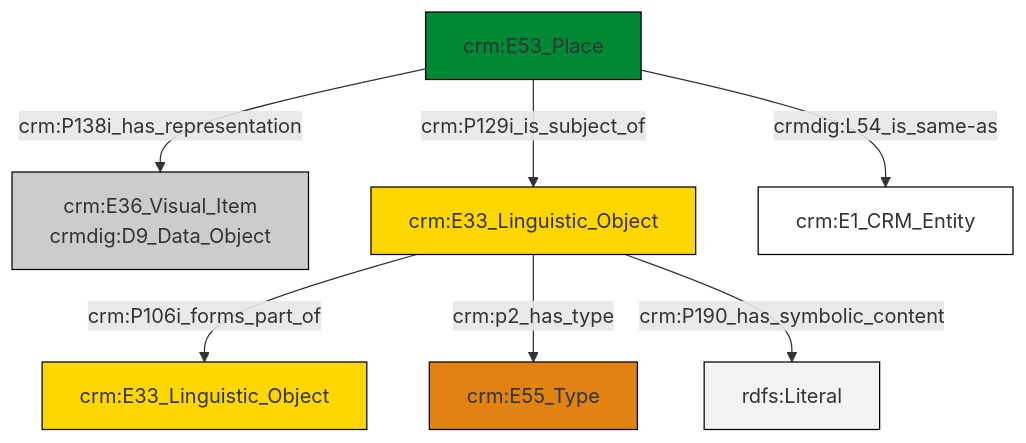
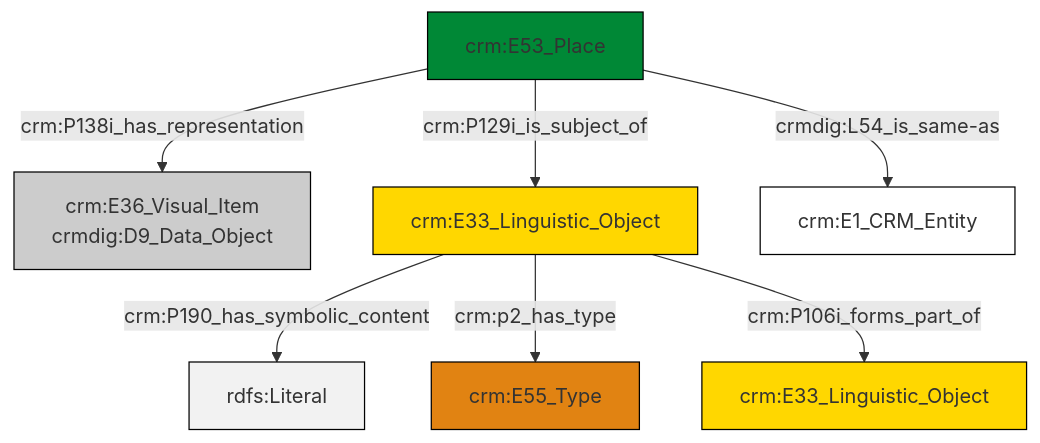
Before and after one commit to ncarboni/srdm: the diagram in et/placeCSV/ttl/mmd/place_documentation.ttl.mmd, drawn with Mermaid. The commit also changed 184 other files, not shown here.

```diff
--- a/et/placeCSV/ttl/mmd/place_documentation.ttl.mmd
+++ b/et/placeCSV/ttl/mmd/place_documentation.ttl.mmd
@@ -1,21 +1,21 @@
 graph TD
 classDef Literal fill:#f2f2f2,stroke:#000000;
 classDef CRM_Entity fill:#FFFFFF,stroke:#000000;
 classDef Temporal_Entity fill:#00C9E6, stroke:#000000;
 classDef Type fill:#E18312, stroke:#000000;
 classDef Time-Span fill:#2C9C91, stroke:#000000;
 classDef Appellation fill:#FFEB7F, stroke:#000000;
 classDef Place fill:#008836, stroke:#000000;
 classDef Persistent_Item fill:#B266B2, stroke:#000000;
 classDef Conceptual_Object fill:#FFD700, stroke:#000000;
 classDef Physical_Thing fill:#D2B48C, stroke:#000000;
 classDef Actor fill:#f58aad, stroke:#000000;
 classDef PC_Classes fill:#4ce600, stroke:#000000;
 classDef Multi fill:#cccccc,stroke:#000000;
 
-4["crm:E33_Linguistic_Object"]:::Conceptual_Object -->|crm:P106i_forms_part_of| 5["crm:E33_Linguistic_Object"]:::Conceptual_Object
-6["crm:E53_Place"]:::Place -->|crm:P129i_is_subject_of| 4["crm:E33_Linguistic_Object"]:::Conceptual_Object
-6["crm:E53_Place"]:::Place -->|crm:P138i_has_representation| 0["crm:E36_Visual_Item<br>crmdig:D9_Data_Object"]:::Multi
-6["crm:E53_Place"]:::Place -->|crmdig:L54_is_same-as| 7["crm:E1_CRM_Entity"]:::CRM_Entity
-4["crm:E33_Linguistic_Object"]:::Conceptual_Object -->|crm:p2_has_type| 2["crm:E55_Type"]:::Type
-4["crm:E33_Linguistic_Object"]:::Conceptual_Object -->|crm:P190_has_symbolic_content| 12[rdfs:Literal]:::Literal
+4["crm:E53_Place"]:::Place -->|crm:P138i_has_representation| 0["crm:E36_Visual_Item<br>crmdig:D9_Data_Object"]:::Multi
+4["crm:E53_Place"]:::Place -->|crmdig:L54_is_same-as| 7["crm:E1_CRM_Entity"]:::CRM_Entity
+2["crm:E33_Linguistic_Object"]:::Conceptual_Object -->|crm:P190_has_symbolic_content| 8[rdfs:Literal]:::Literal
+4["crm:E53_Place"]:::Place -->|crm:P129i_is_subject_of| 2["crm:E33_Linguistic_Object"]:::Conceptual_Object
+2["crm:E33_Linguistic_Object"]:::Conceptual_Object -->|crm:p2_has_type| 9["crm:E55_Type"]:::Type
+2["crm:E33_Linguistic_Object"]:::Conceptual_Object -->|crm:P106i_forms_part_of| 5["crm:E33_Linguistic_Object"]:::Conceptual_Object
```
